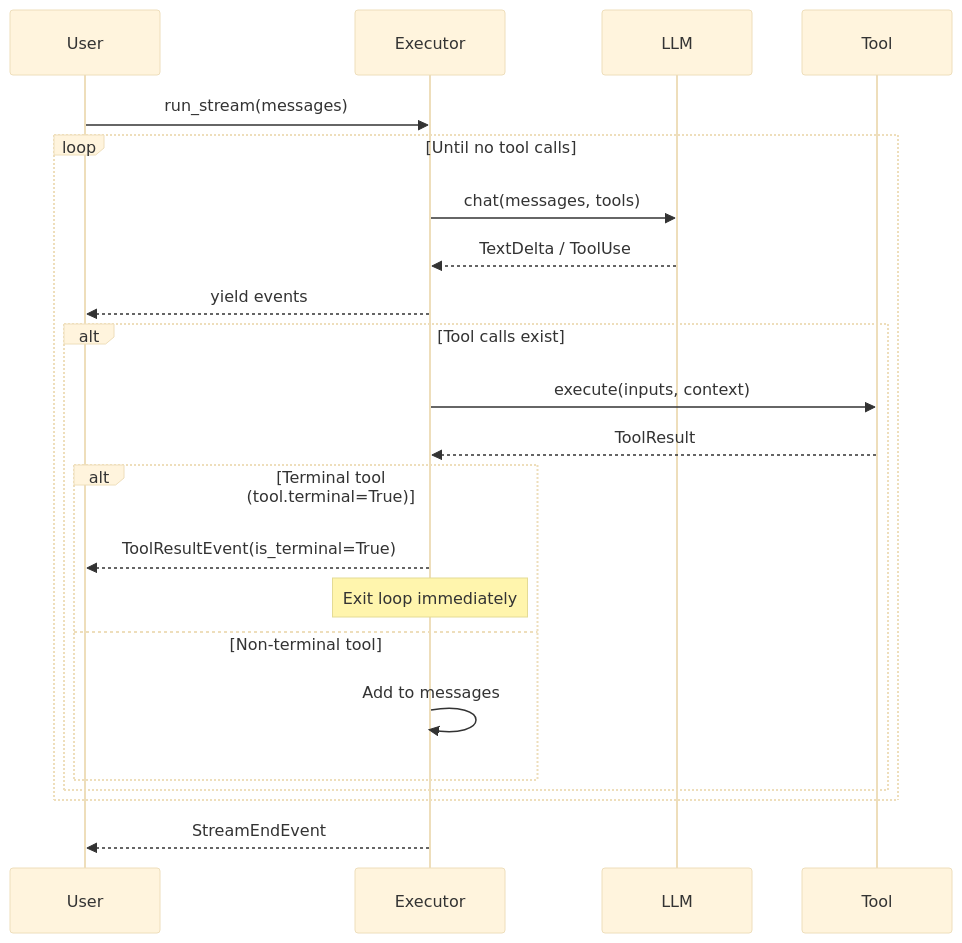
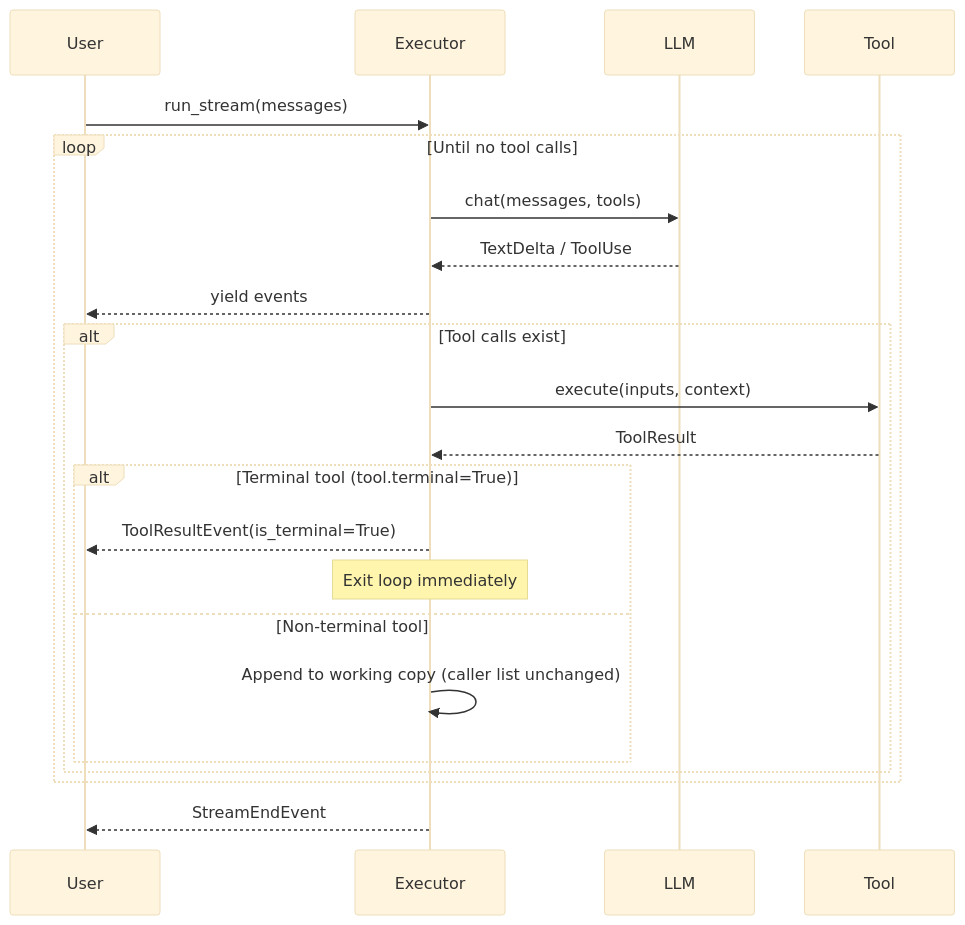
The diagram in docs/executor.md (TYNYBAY/dobby-sdk), drawn with Mermaid (base theme) before and after one commit. The commit also changed other lines of this file and 9 other files, not shown here.

````diff
--- a/docs/executor.md
+++ b/docs/executor.md
@@ -109,26 +158,26 @@
 ```mermaid
 sequenceDiagram
     participant User
     participant Executor
     participant LLM
     participant Tool
 
     User->>Executor: run_stream(messages)
     loop Until no tool calls
         Executor->>LLM: chat(messages, tools)
         LLM-->>Executor: TextDelta / ToolUse
         Executor-->>User: yield events
 
         alt Tool calls exist
             Executor->>Tool: execute(inputs, context)
             Tool-->>Executor: ToolResult
             alt Terminal tool (tool.terminal=True)
                 Executor-->>User: ToolResultEvent(is_terminal=True)
                 Note over Executor: Exit loop immediately
             else Non-terminal tool
-                Executor->>Executor: Add to messages
+                Executor->>Executor: Append to working copy (caller list unchanged)
             end
         end
     end
     Executor-->>User: StreamEndEvent
 ```
````
